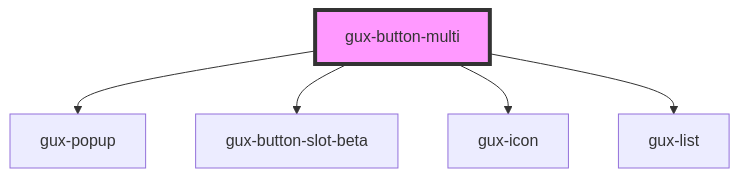
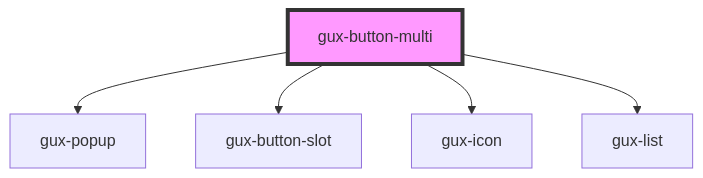
One commit to MyPureCloud/genesys-spark changed the diagram in packages/genesys-spark-components/src/components/stable/gux-button-multi/readme.md. Above: the diagram before and after it, drawn with Mermaid. The commit also changed other lines of this file and 73 other files, not shown here.

First line of the commit message:
refactor(gux-button-slot): move to stable

````diff
--- a/packages/genesys-spark-components/src/components/stable/gux-button-multi/readme.md
+++ b/packages/genesys-spark-components/src/components/stable/gux-button-multi/readme.md
@@ -53,8 +53,8 @@
 ```mermaid
 graph TD;
   gux-button-multi --> gux-popup
-  gux-button-multi --> gux-button-slot-beta
+  gux-button-multi --> gux-button-slot
   gux-button-multi --> gux-icon
   gux-button-multi --> gux-list
   style gux-button-multi fill:#f9f,stroke:#333,stroke-width:4px
 ```
````
